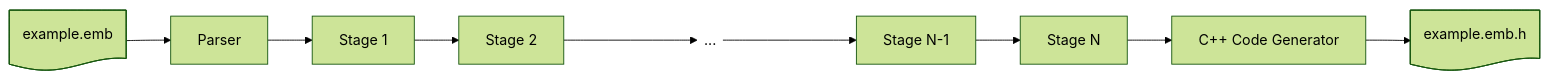
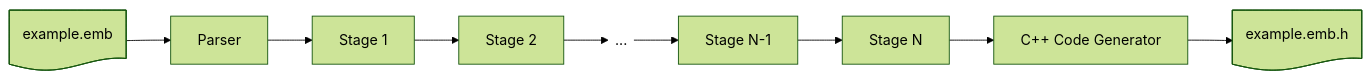
One commit to reventlov/emboss changed the fourth of 5 diagrams in doc/design.md. Above: the diagram before and after it, drawn with Mermaid (forest theme).

````diff
--- a/doc/design.md
+++ b/doc/design.md
@@ -166,21 +166,21 @@
 ```mermaid
 %%{init: {"flowchart": {"htmlLabels": false}} }%%
 graph LR
     diskstart@{ shape: doc, label: "example.emb" }
     parser["Parser"]
     stage1@{ shape: proc, label: "Stage 1" }
     stage2@{ shape: proc, label: "Stage 2" }
     stages@{ shape: text, label: "..." }
     stagenm1@{ shape: proc, label: "Stage N-1" }
     stagen@{ shape: proc, label: "Stage N" }
     backend["C++ Code Generator"]
     diskend@{ shape: doc, label: "example.emb.h" }
     diskstart-->parser
     parser-->stage1
     stage1-->stage2
-    stage2---->stages
-    stages---->stagenm1
+    stage2-->stages
+    stages-->stagenm1
     stagenm1-->stagen
     stagen-->backend
     backend-->diskend
 ```
````
